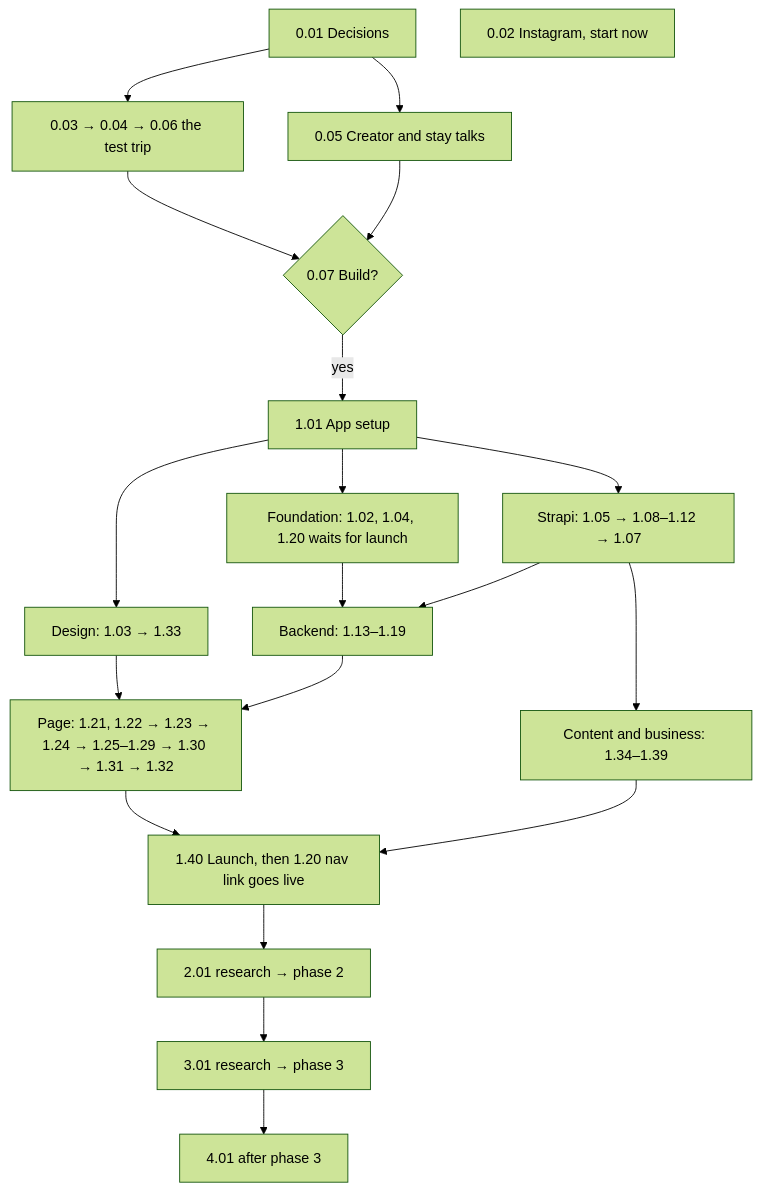
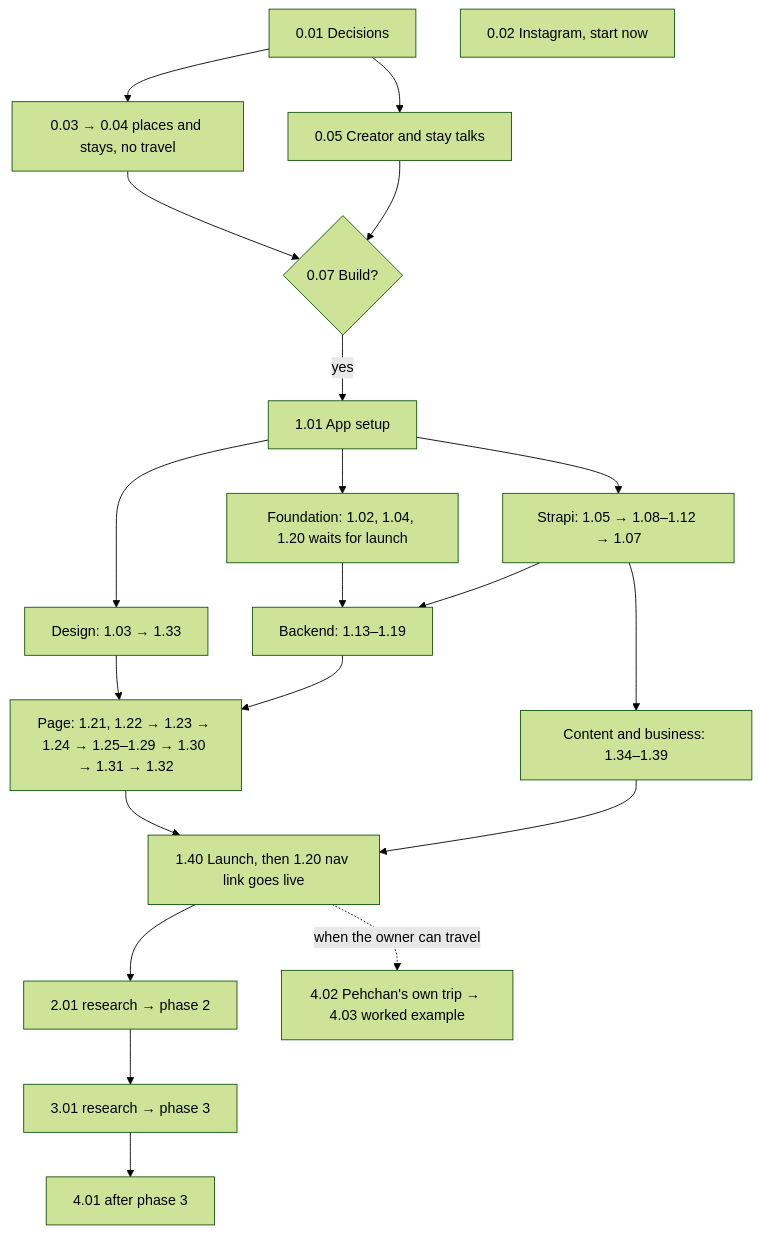
One commit to bhawnamanglapm/pehchanthetraveller19.github.io changed the second of 2 diagrams in docs/25-trip-that-pays/tasks/README.md. Above: the diagram before and after it, drawn with Mermaid (forest theme). The commit also changed other lines of this file and 12 other files, not shown here.

First line of the commit message:
Move the owner's trip and worked example to the last step

````diff
--- a/docs/25-trip-that-pays/tasks/README.md
+++ b/docs/25-trip-that-pays/tasks/README.md
@@ -240,22 +246,23 @@
 ```mermaid
 flowchart TD
-  D["0.01 Decisions"] --> P0["0.03 → 0.04 → 0.06 the test trip"]
+  D["0.01 Decisions"] --> P0["0.03 → 0.04 places and stays, no travel"]
   D --> T["0.05 Creator and stay talks"]
   IG["0.02 Instagram, start now"]
   P0 --> G{"0.07 Build?"}
   T --> G
   G -->|yes| A["1.01 App setup"]
   A --> F["Foundation: 1.02, 1.04, 1.20 waits for launch"]
   A --> S["Strapi: 1.05 → 1.08–1.12 → 1.07"]
   A --> DS["Design: 1.03 → 1.33"]
   F --> B["Backend: 1.13–1.19"]
   S --> B
   DS --> UI["Page: 1.21, 1.22 → 1.23 → 1.24 → 1.25–1.29 → 1.30 → 1.31 → 1.32"]
   B --> UI
   S --> C["Content and business: 1.34–1.39"]
   UI --> L["1.40 Launch, then 1.20 nav link goes live"]
   C --> L
   L --> R2["2.01 research → phase 2"]
   R2 --> R3["3.01 research → phase 3"]
   R3 --> AF["4.01 after phase 3"]
+  L -.->|"when the owner can travel"| OT["4.02 Pehchan's own trip → 4.03 worked example"]
 ```
````
